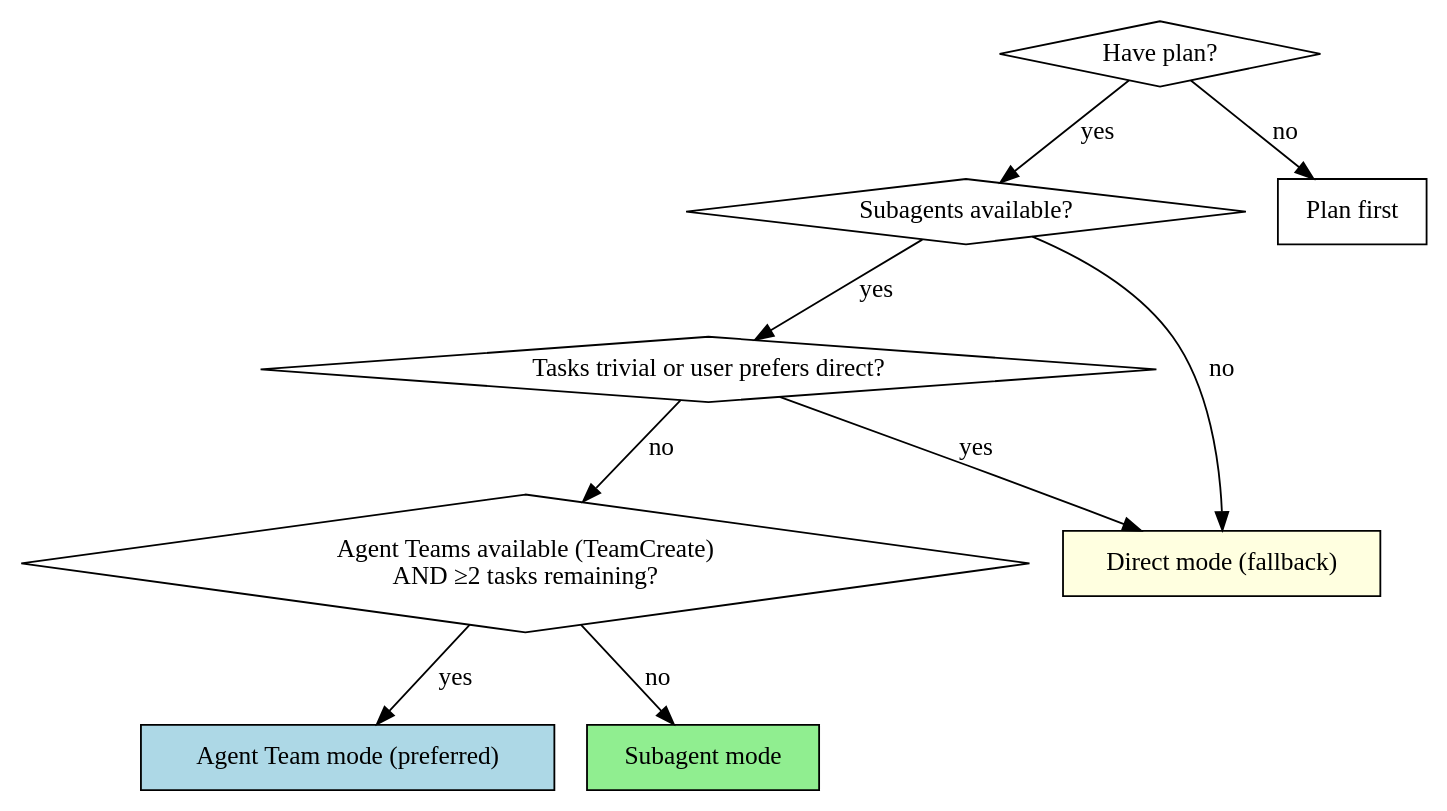
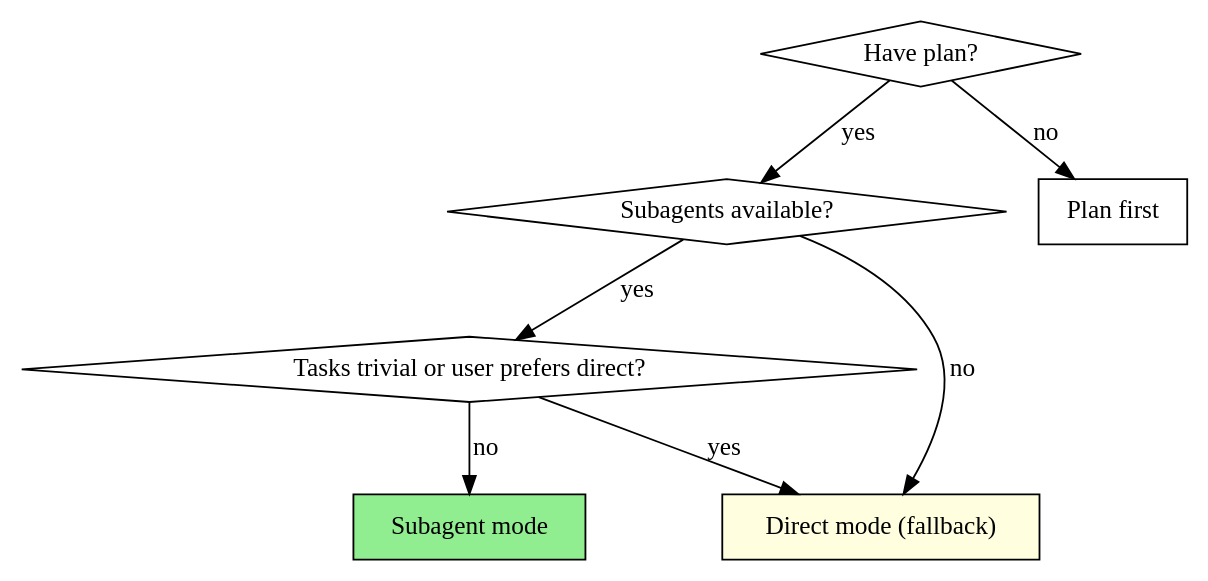
One commit to FuZhiyu/superRA changed the first of 2 diagrams in skills/execution-workflow/SKILL.md. Above: the diagram before and after it, drawn with Graphviz. The commit also changed other lines of this file and 13 other files, not shown here.

First line of the commit message:
refactor(agent-orchestration): archive Agent Teams mode

````diff
--- a/skills/execution-workflow/SKILL.md
+++ b/skills/execution-workflow/SKILL.md
@@ -18,21 +18,17 @@
 ```dot
 digraph mode_selection {
     "Have plan?" [shape=diamond];
     "Subagents available?" [shape=diamond];
     "Tasks trivial or user prefers direct?" [shape=diamond];
-    "Agent Teams available (TeamCreate)\nAND ≥2 tasks remaining?" [shape=diamond];
-    "Agent Team mode (preferred)" [shape=box style=filled fillcolor=lightblue];
     "Subagent mode" [shape=box style=filled fillcolor=lightgreen];
     "Direct mode (fallback)" [shape=box style=filled fillcolor=lightyellow];
     "Plan first" [shape=box];
 
     "Have plan?" -> "Subagents available?" [label="yes"];
     "Have plan?" -> "Plan first" [label="no"];
     "Subagents available?" -> "Tasks trivial or user prefers direct?" [label="yes"];
     "Subagents available?" -> "Direct mode (fallback)" [label="no"];
     "Tasks trivial or user prefers direct?" -> "Direct mode (fallback)" [label="yes"];
-    "Tasks trivial or user prefers direct?" -> "Agent Teams available (TeamCreate)\nAND ≥2 tasks remaining?" [label="no"];
-    "Agent Teams available (TeamCreate)\nAND ≥2 tasks remaining?" -> "Agent Team mode (preferred)" [label="yes"];
-    "Agent Teams available (TeamCreate)\nAND ≥2 tasks remaining?" -> "Subagent mode" [label="no"];
+    "Tasks trivial or user prefers direct?" -> "Subagent mode" [label="no"];
 }
 ```
````
